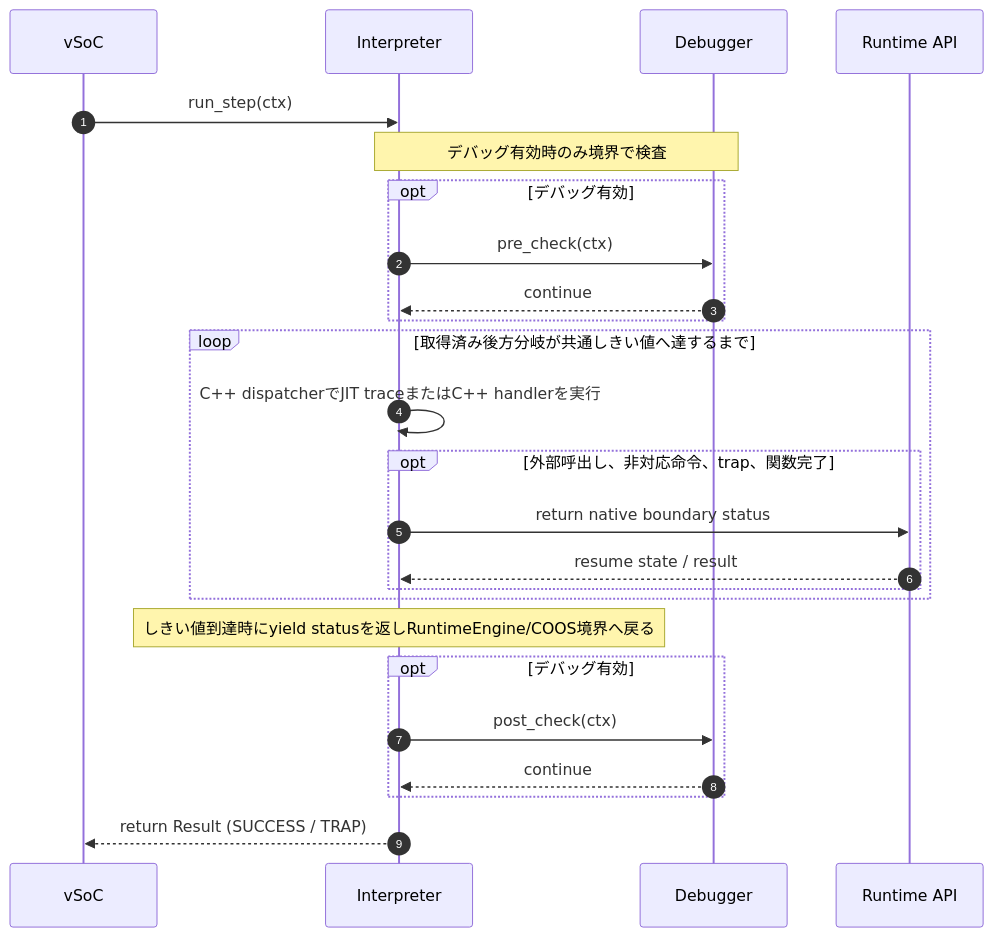
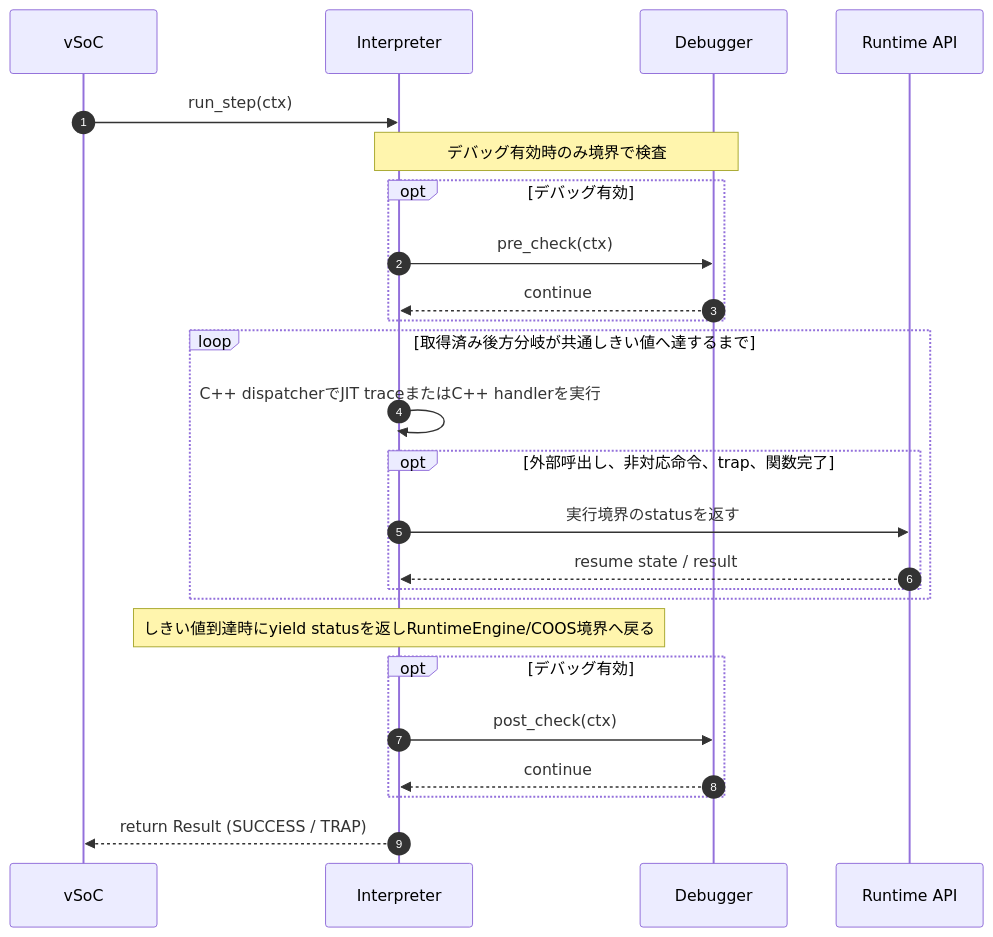
Before and after one commit to kmt-t/fireball: the fourth of 5 diagrams in docs/components/tier3_executer/interpreter.md, drawn with Mermaid. The commit also changed other lines of this file and 75 other files, not shown here.

````diff
--- a/docs/components/tier3_executer/interpreter.md
+++ b/docs/components/tier3_executer/interpreter.md
@@ -360,28 +361,28 @@
 ```mermaid
 sequenceDiagram
     autonumber
     participant V as vSoC
     participant I as Interpreter
     participant D as Debugger
     participant R as Runtime API
 
     V->>I: run_step(ctx)
     Note over I,D: デバッグ有効時のみ境界で検査
     opt デバッグ有効
         I->>D: pre_check(ctx)
         D-->>I: continue
     end
     loop 取得済み後方分岐が共通しきい値へ達するまで
         I->>I: C++ dispatcherでJIT traceまたはC++ handlerを実行
         opt 外部呼出し、非対応命令、trap、関数完了
-            I->>R: return native boundary status
+            I->>R: 実行境界のstatusを返す
             R-->>I: resume state / result
         end
     end
     Note over I: しきい値到達時にyield statusを返しRuntimeEngine/COOS境界へ戻る
     opt デバッグ有効
         I->>D: post_check(ctx)
         D-->>I: continue
     end
     I-->>V: return Result (SUCCESS / TRAP)
 ```
````
